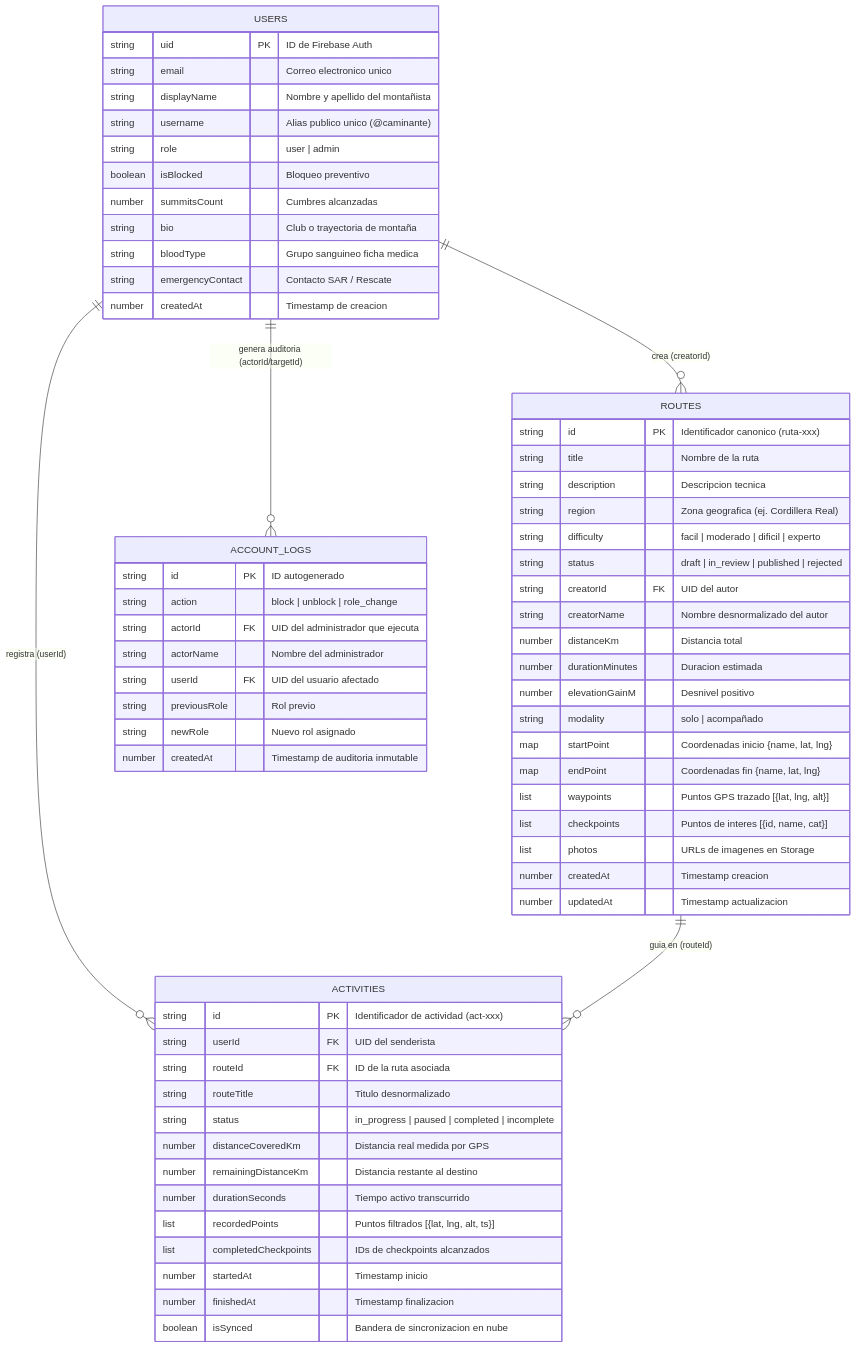
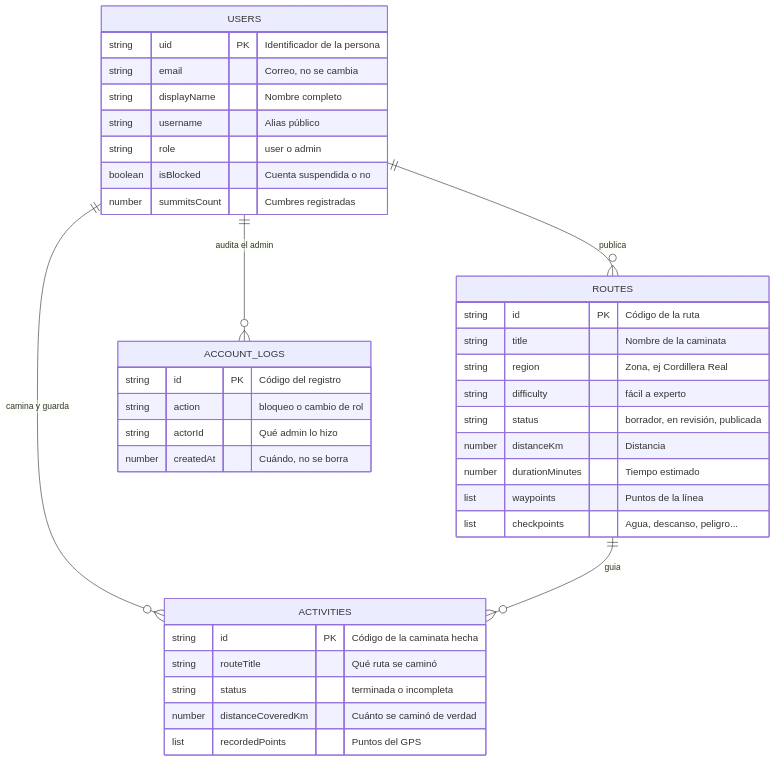
The third of 8 diagrams in docs/INFORME_PRESENTACION_CLIENTE.md (walter-202/trekkin-app), drawn with Mermaid before and after one commit. The commit also changed other lines of this file, not shown here.

````diff
--- a/docs/INFORME_PRESENTACION_CLIENTE.md
+++ b/docs/INFORME_PRESENTACION_CLIENTE.md
@@ -148,70 +89,44 @@
 ```mermaid
 erDiagram
-    USERS ||--o{ ROUTES : "crea (creatorId)"
-    USERS ||--o{ ACTIVITIES : "registra (userId)"
-    USERS ||--o{ ACCOUNT_LOGS : "genera auditoria (actorId/targetId)"
-    ROUTES ||--o{ ACTIVITIES : "guia en (routeId)"
+    USERS ||--o{ ROUTES : "publica"
+    USERS ||--o{ ACTIVITIES : "camina y guarda"
+    ROUTES ||--o{ ACTIVITIES : "guia"
+    USERS ||--o{ ACCOUNT_LOGS : "audita el admin"
 
     USERS {
-        string uid PK "ID de Firebase Auth"
-        string email "Correo electronico unico"
-        string displayName "Nombre y apellido del montañista"
-        string username "Alias publico unico (@caminante)"
-        string role "user | admin"
-        boolean isBlocked "Bloqueo preventivo"
-        number summitsCount "Cumbres alcanzadas"
-        string bio "Club o trayectoria de montaña"
-        string bloodType "Grupo sanguineo ficha medica"
-        string emergencyContact "Contacto SAR / Rescate"
-        number createdAt "Timestamp de creacion"
+        string uid PK "Identificador de la persona"
+        string email "Correo, no se cambia"
+        string displayName "Nombre completo"
+        string username "Alias público"
+        string role "user o admin"
+        boolean isBlocked "Cuenta suspendida o no"
+        number summitsCount "Cumbres registradas"
     }
 
     ROUTES {
-        string id PK "Identificador canonico (ruta-xxx)"
-        string title "Nombre de la ruta"
-        string description "Descripcion tecnica"
-        string region "Zona geografica (ej. Cordillera Real)"
-        string difficulty "facil | moderado | dificil | experto"
-        string status "draft | in_review | published | rejected"
-        string creatorId FK "UID del autor"
-        string creatorName "Nombre desnormalizado del autor"
-        number distanceKm "Distancia total"
-        number durationMinutes "Duracion estimada"
-        number elevationGainM "Desnivel positivo"
-        string modality "solo | acompañado"
-        map startPoint "Coordenadas inicio {name, lat, lng}"
-        map endPoint "Coordenadas fin {name, lat, lng}"
-        list waypoints "Puntos GPS trazado [{lat, lng, alt}]"
-        list checkpoints "Puntos de interes [{id, name, cat}]"
-        list photos "URLs de imagenes en Storage"
-        number createdAt "Timestamp creacion"
-        number updatedAt "Timestamp actualizacion"
+        string id PK "Código de la ruta"
+        string title "Nombre de la caminata"
+        string region "Zona, ej Cordillera Real"
+        string difficulty "fácil a experto"
+        string status "borrador, en revisión, publicada"
+        number distanceKm "Distancia"
+        number durationMinutes "Tiempo estimado"
+        list waypoints "Puntos de la línea"
+        list checkpoints "Agua, descanso, peligro..."
     }
 
     ACTIVITIES {
-        string id PK "Identificador de actividad (act-xxx)"
-        string userId FK "UID del senderista"
-        string routeId FK "ID de la ruta asociada"
-        string routeTitle "Titulo desnormalizado"
-        string status "in_progress | paused | completed | incomplete"
-        number distanceCoveredKm "Distancia real medida por GPS"
-        number remainingDistanceKm "Distancia restante al destino"
-        number durationSeconds "Tiempo activo transcurrido"
-        list recordedPoints "Puntos filtrados [{lat, lng, alt, ts}]"
-        list completedCheckpoints "IDs de checkpoints alcanzados"
-        number startedAt "Timestamp inicio"
-        number finishedAt "Timestamp finalizacion"
-        boolean isSynced "Bandera de sincronizacion en nube"
+        string id PK "Código de la caminata hecha"
+        string routeTitle "Qué ruta se caminó"
+        string status "terminada o incompleta"
+        number distanceCoveredKm "Cuánto se caminó de verdad"
+        list recordedPoints "Puntos del GPS"
     }
 
     ACCOUNT_LOGS {
-        string id PK "ID autogenerado"
-        string action "block | unblock | role_change"
-        string actorId FK "UID del administrador que ejecuta"
-        string actorName "Nombre del administrador"
-        string userId FK "UID del usuario afectado"
-        string previousRole "Rol previo"
-        string newRole "Nuevo rol asignado"
-        number createdAt "Timestamp de auditoria inmutable"
+        string id PK "Código del registro"
+        string action "bloqueo o cambio de rol"
+        string actorId "Qué admin lo hizo"
+        number createdAt "Cuándo, no se borra"
     }
 ```
````
